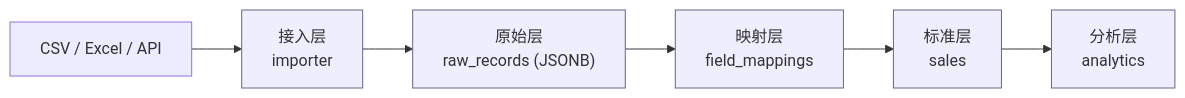
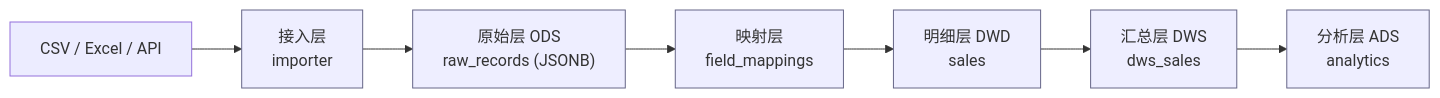
One commit to huql0605/pygo_product_manage_partform changed the first of 7 diagrams in docs/architecture.md. Above: the diagram before and after it, drawn with Mermaid. The commit also changed other lines of this file and 7 other files, not shown here.

Commit message:
dws层加入，比较差异，更新架构图

````diff
--- a/docs/architecture.md
+++ b/docs/architecture.md
@@ -11,11 +11,12 @@
 ```mermaid
 flowchart LR
     CSVS["CSV / Excel / API"] --> ACC["接入层<br/>importer"]
-    ACC --> RAW["原始层<br/>raw_records (JSONB)"]
+    ACC --> RAW["原始层 ODS<br/>raw_records (JSONB)"]
     RAW --> MAP["映射层<br/>field_mappings"]
-    MAP --> STD["标准层<br/>sales"]
-    STD --> ANA["分析层<br/>analytics"]
+    MAP --> STD["明细层 DWD<br/>sales"]
+    STD --> DWS["汇总层 DWS<br/>dws_sales"]
+    DWS --> ANA["分析层 ADS<br/>analytics"]
 
     classDef layer fill:#eef,stroke:#668
-    class ACC,RAW,MAP,STD,ANA layer
+    class ACC,RAW,MAP,STD,DWS,ANA layer
 ```
````
